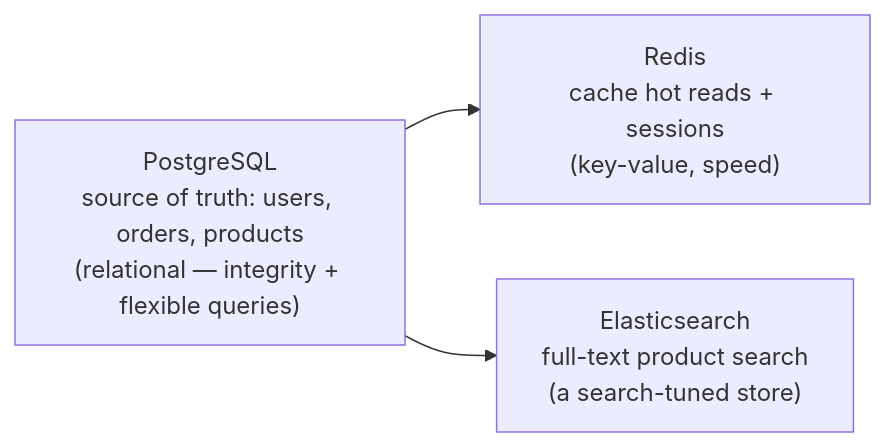
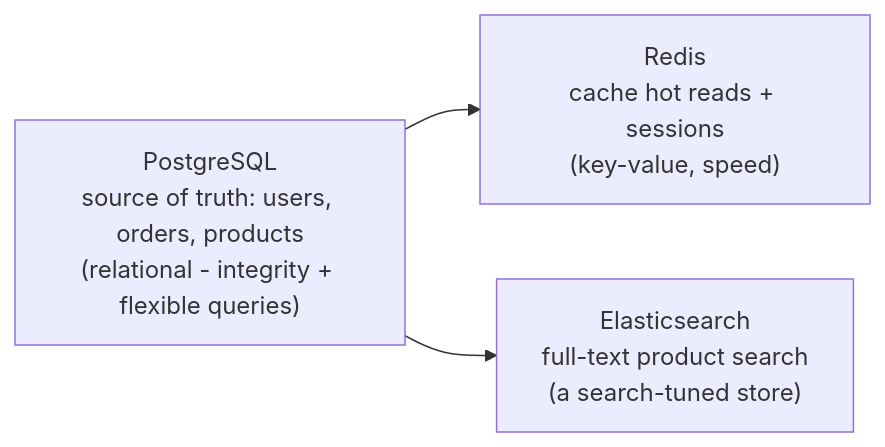
Before and after one commit to Topurrra/themissingmanual: the second of 2 diagrams in guides/databases/sql-vs-nosql/03-how-to-choose.md, drawn with Mermaid. The commit also changed other lines of this file and 1009 other files, not shown here.

````diff
--- a/guides/databases/sql-vs-nosql/03-how-to-choose.md
+++ b/guides/databases/sql-vs-nosql/03-how-to-choose.md
@@ -125,6 +125,6 @@
 ```mermaid
 flowchart LR
-  PG["PostgreSQL<br/>source of truth: users, orders, products<br/>(relational — integrity + flexible queries)"]
+  PG["PostgreSQL<br/>source of truth: users, orders, products<br/>(relational - integrity + flexible queries)"]
   PG --> Redis["Redis<br/>cache hot reads + sessions<br/>(key-value, speed)"]
   PG --> ES["Elasticsearch<br/>full-text product search<br/>(a search-tuned store)"]
 ```
````
